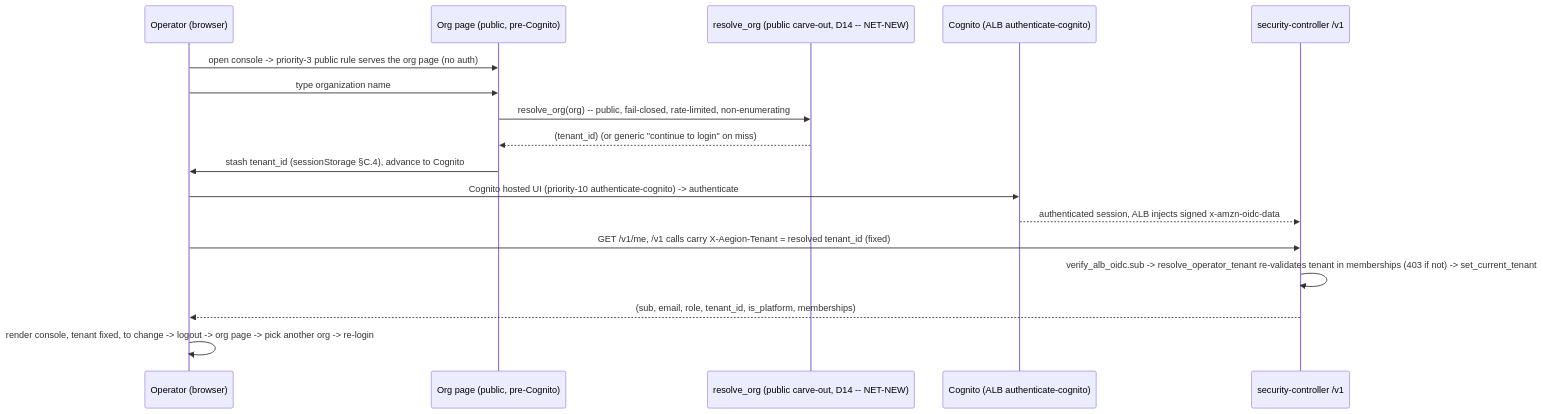
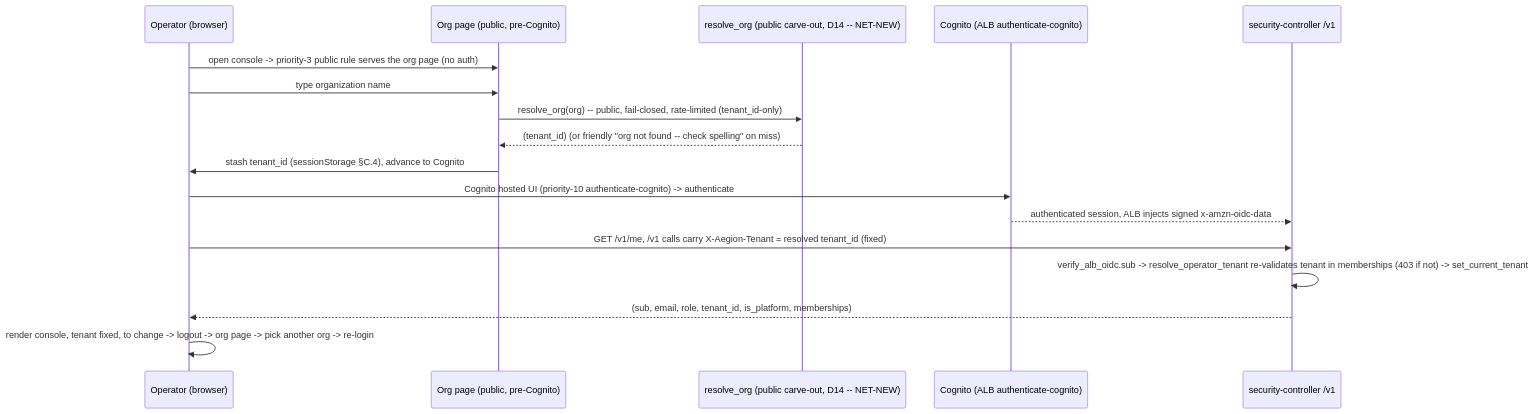
The seventh of 7 diagrams in lld/40-multi-tenant-console.md (shashank31mar/Sentra), drawn with Mermaid before and after one commit. The commit also changed other lines of this file and 1 other file, not shown here.

````diff
--- a/lld/40-multi-tenant-console.md
+++ b/lld/40-multi-tenant-console.md
@@ -890,19 +981,19 @@
 ```mermaid
 sequenceDiagram
   participant U as Operator (browser)
   participant ORG as Org page (public, pre-Cognito)
   participant RES as resolve_org (public carve-out, D14 -- NET-NEW)
   participant COG as Cognito (ALB authenticate-cognito)
   participant API as security-controller /v1
   U->>ORG: open console -> priority-3 public rule serves the org page (no auth)
   U->>ORG: type organization name
-  ORG->>RES: resolve_org(org) -- public, fail-closed, rate-limited, non-enumerating
-  RES-->>ORG: (tenant_id) (or generic "continue to login" on miss)
+  ORG->>RES: resolve_org(org) -- public, fail-closed, rate-limited (tenant_id-only)
+  RES-->>ORG: (tenant_id) (or friendly "org not found -- check spelling" on miss)
   ORG->>U: stash tenant_id (sessionStorage §C.4), advance to Cognito
   U->>COG: Cognito hosted UI (priority-10 authenticate-cognito) -> authenticate
   COG-->>API: authenticated session, ALB injects signed x-amzn-oidc-data
   U->>API: GET /v1/me, /v1 calls carry X-Aegion-Tenant = resolved tenant_id (fixed)
   API->>API: verify_alb_oidc.sub -> resolve_operator_tenant re-validates tenant in memberships (403 if not) -> set_current_tenant
   API-->>U: (sub, email, role, tenant_id, is_platform, memberships)
   U->>U: render console, tenant fixed, to change -> logout -> org page -> pick another org -> re-login
 ```
````
